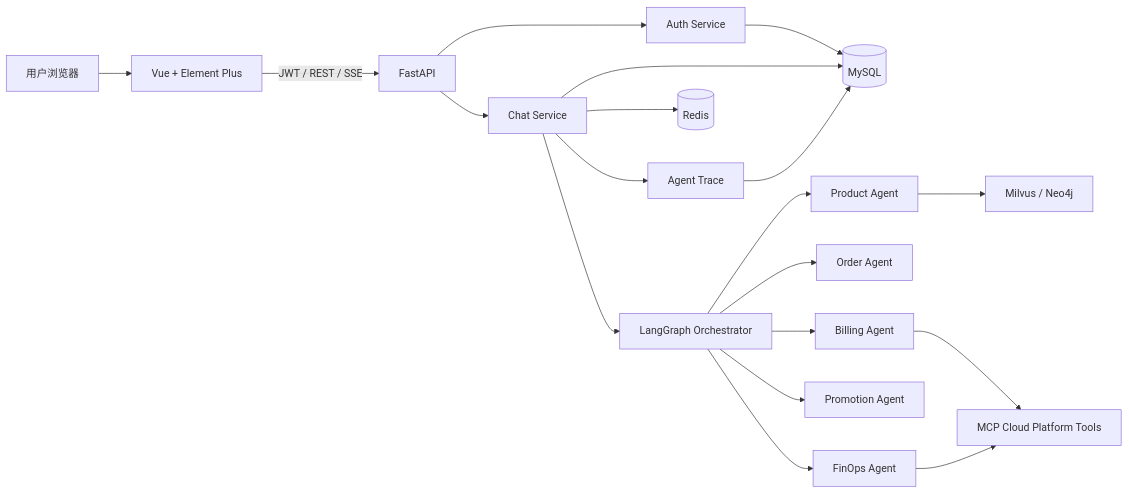
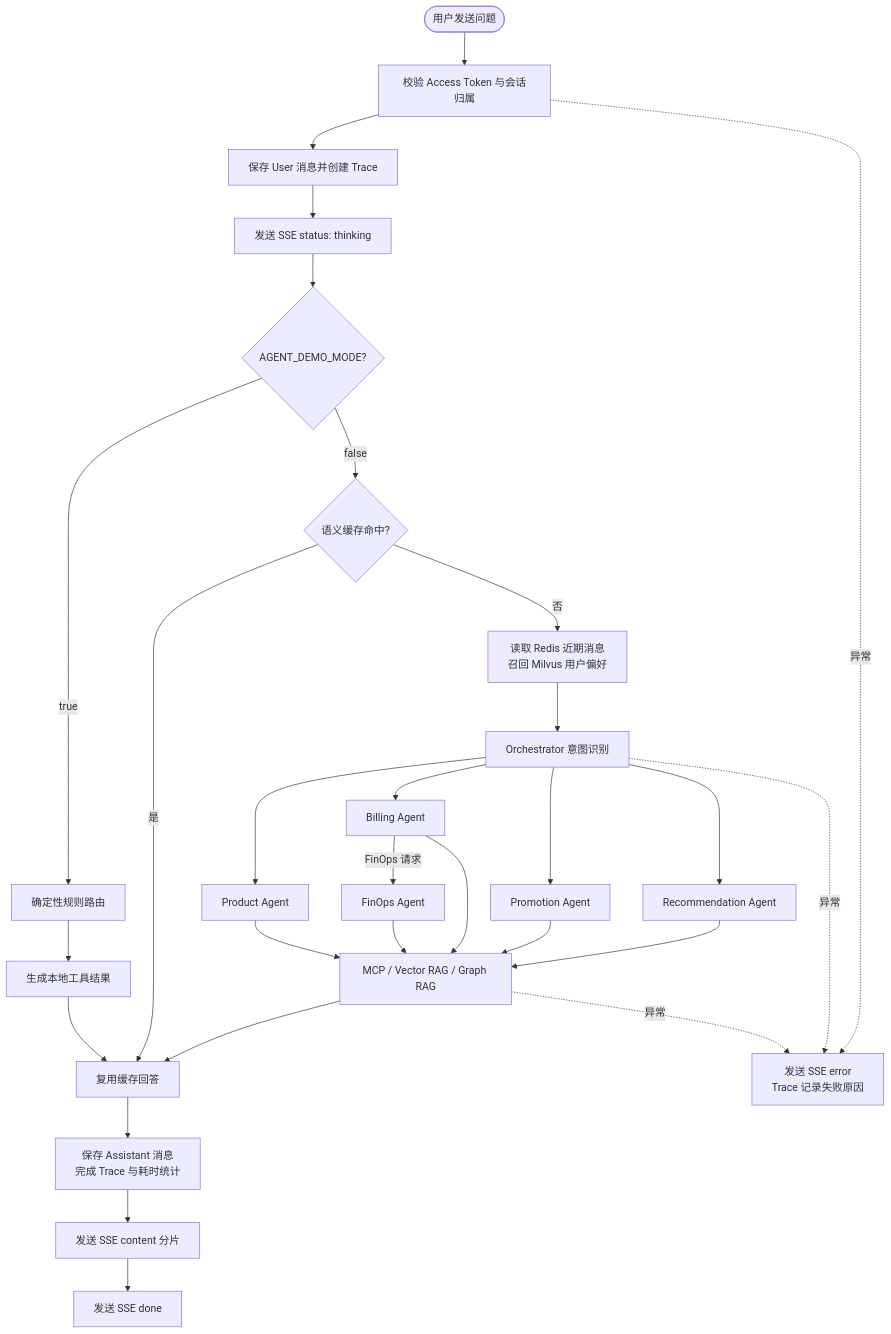
The second of 2 diagrams in README.md (Mrlfighting/cloudagent), drawn with Mermaid before and after one commit. The commit also changed other lines of this file, not shown here.

````diff
--- a/README.md
+++ b/README.md
@@ -24,21 +211,30 @@
-```mermaid
-flowchart LR
-  U[用户浏览器] --> W[Vue + Element Plus]
-  W -->|JWT / REST / SSE| API[FastAPI]
-  API --> AUTH[Auth Service]
-  API --> CHAT[Chat Service]
-  AUTH --> DB[(MySQL)]
-  CHAT --> DB
-  CHAT --> TRACE[Agent Trace]
-  TRACE --> DB
-  CHAT --> CACHE[(Redis)]
-  CHAT --> GRAPH[LangGraph Orchestrator]
-  GRAPH --> PRODUCT[Product Agent]
-  GRAPH --> ORDER[Order Agent]
-  GRAPH --> BILLING[Billing Agent]
-  GRAPH --> PROMO[Promotion Agent]
-  GRAPH --> FINOPS[FinOps Agent]
-  BILLING --> MCP[MCP Cloud Platform Tools]
-  FINOPS --> MCP
-  PRODUCT --> RAG[Milvus / Neo4j]
-```
+~~~mermaid
+flowchart TD
+    Start([用户发送问题]) --> Auth[校验 Access Token 与会话归属]
+    Auth --> SaveUser[保存 User 消息并创建 Trace]
+    SaveUser --> Status[发送 SSE status: thinking]
+    Status --> Mode{AGENT_DEMO_MODE?}
+
+    Mode -->|true| Rule[确定性规则路由]
+    Rule --> MockTool[生成本地工具结果]
+
+    Mode -->|false| Cache{语义缓存命中?}
+    Cache -->|是| Answer[复用缓存回答]
+    Cache -->|否| Context[读取 Redis 近期消息<br/>召回 Milvus 用户偏好]
+    Context --> Router[Orchestrator 意图识别]
+    Router --> Product[Product Agent]
+    Router --> Billing[Billing Agent]
+    Router --> Promotion[Promotion Agent]
+    Router --> Recommend[Recommendation Agent]
+    Billing -->|FinOps 请求| FinOps[FinOps Agent]
+
+    Product & Billing & Promotion & Recommend & FinOps --> Tools[MCP / Vector RAG / Graph RAG]
+    Tools --> Answer
+    MockTool --> Answer
+    Answer --> SaveAssistant[保存 Assistant 消息<br/>完成 Trace 与耗时统计]
+    SaveAssistant --> Stream[发送 SSE content 分片]
+    Stream --> Done[发送 SSE done]
+    Auth -.异常.-> Error[发送 SSE error<br/>Trace 记录失败原因]
+    Router -.异常.-> Error
+    Tools -.异常.-> Error
+~~~
````
